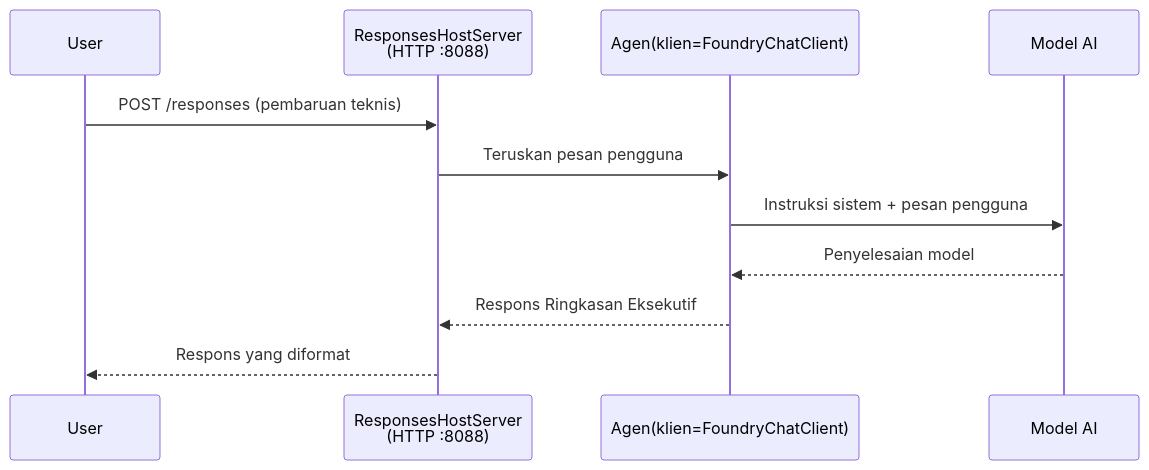
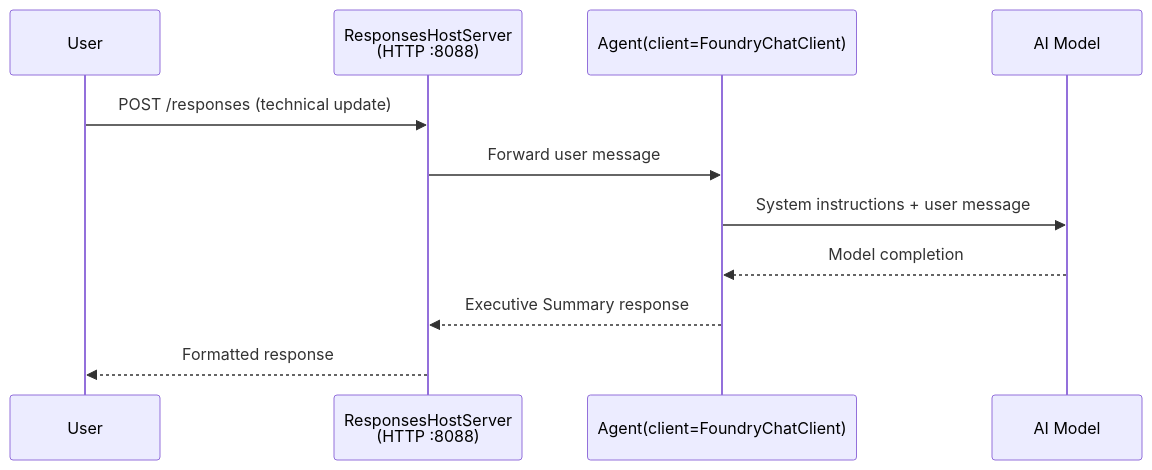
The diagram in translations/id/workshop/lab01-single-agent/docs/03-configure-and-code.md (microsoft-foundry/Foundry_Toolkit_for_VSCode_Lab), drawn with Mermaid before and after one commit. The commit also changed other lines of this file and 73 other files, not shown here.

````diff
--- a/translations/id/workshop/lab01-single-agent/docs/03-configure-and-code.md
+++ b/translations/id/workshop/lab01-single-agent/docs/03-configure-and-code.md
@@ -11,14 +11,14 @@
 ```mermaid
 sequenceDiagram
     participant User
     participant Server as ResponsesHostServer<br/>(HTTP :8088)
-    participant Agent as Agen(klien=FoundryChatClient)
-    participant Model as Model AI
+    participant Agent as Agent(client=FoundryChatClient)
+    participant Model as AI Model
 
-    User->>Server: POST /responses (pembaruan teknis)
-    Server->>Agent: Teruskan pesan pengguna
-    Agent->>Model: Instruksi sistem + pesan pengguna
-    Model-->>Agent: Penyelesaian model
-    Agent-->>Server: Respons Ringkasan Eksekutif
-    Server-->>User: Respons yang diformat
+    User->>Server: POST /responses (technical update)
+    Server->>Agent: Forward user message
+    Agent->>Model: System instructions + user message
+    Model-->>Agent: Model completion
+    Agent-->>Server: Executive Summary response
+    Server-->>User: Formatted response
 ```
````
